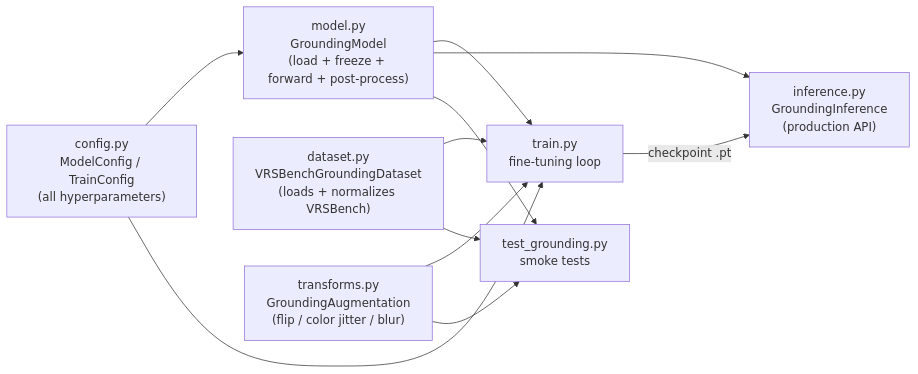
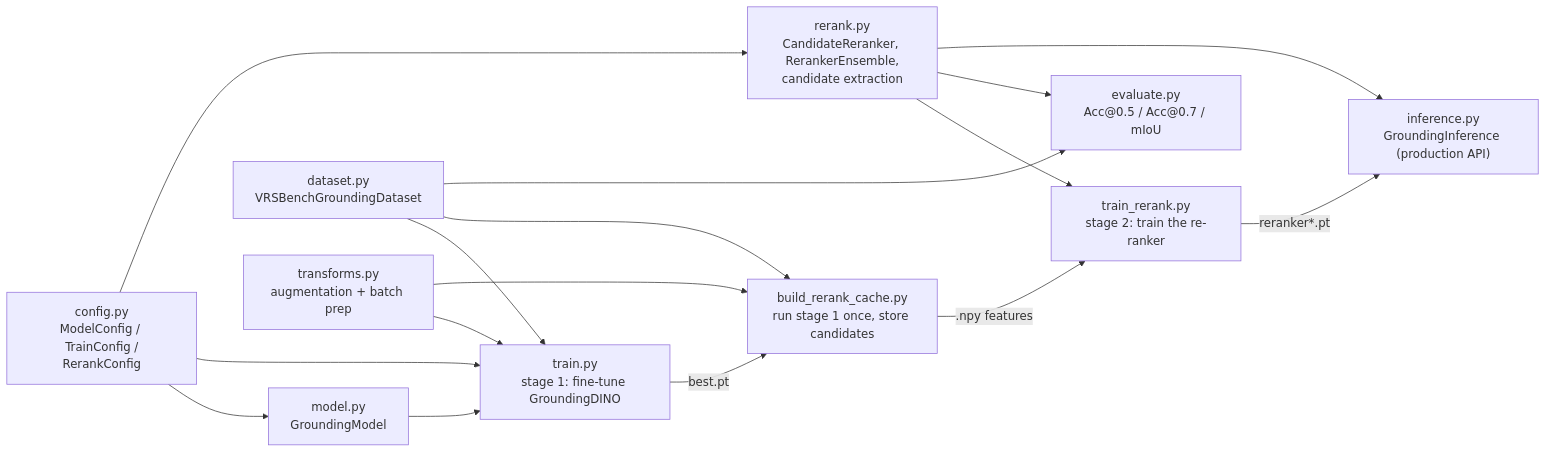
The second of 4 diagrams in docs/grounding-module-explained.md (divyptl/SIH-2026), drawn with Mermaid before and after one commit. The commit also changed other lines of this file and 8 other files, not shown here.

Commit message:
feat: improve grounding model pipeline

````diff
--- a/docs/grounding-module-explained.md
+++ b/docs/grounding-module-explained.md
@@ -34,21 +76,21 @@
 ```mermaid
 flowchart LR
-    config["config.py<br/>ModelConfig / TrainConfig<br/>(all hyperparameters)"]
-    model["model.py<br/>GroundingModel<br/>(load + freeze + forward + post-process)"]
-    dataset["dataset.py<br/>VRSBenchGroundingDataset<br/>(loads + normalizes VRSBench)"]
-    transforms["transforms.py<br/>GroundingAugmentation<br/>(flip / color jitter / blur)"]
-    train["train.py<br/>fine-tuning loop"]
-    inference["inference.py<br/>GroundingInference<br/>(production API)"]
-    test["test_grounding.py<br/>smoke tests"]
+    config["config.py<br/>ModelConfig / TrainConfig /<br/>RerankConfig"]
+    model["model.py<br/>GroundingModel"]
+    dataset["dataset.py<br/>VRSBenchGroundingDataset"]
+    transforms["transforms.py<br/>augmentation + batch prep"]
+    train["train.py<br/>stage 1: fine-tune GroundingDINO"]
+    cache["build_rerank_cache.py<br/>run stage 1 once, store candidates"]
+    rerank["rerank.py<br/>CandidateReranker, RerankerEnsemble,<br/>candidate extraction"]
+    trainrr["train_rerank.py<br/>stage 2: train the re-ranker"]
+    evaluate["evaluate.py<br/>Acc@0.5 / Acc@0.7 / mIoU"]
+    inference["inference.py<br/>GroundingInference (production API)"]
 
-    config --> model
-    config --> train
-    dataset --> train
-    transforms --> train
-    model --> train
-    model --> inference
-    train -- "checkpoint .pt" --> inference
-    model --> test
-    dataset --> test
-    transforms --> test
+    config --> model & train & rerank
+    dataset --> train & cache & evaluate
+    transforms --> train & cache
+    model --> train --> |best.pt| cache
+    cache --> |.npy features| trainrr
+    rerank --> trainrr --> |reranker*.pt| inference
+    rerank --> evaluate & inference
 ```
````
